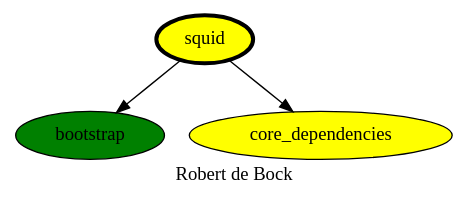
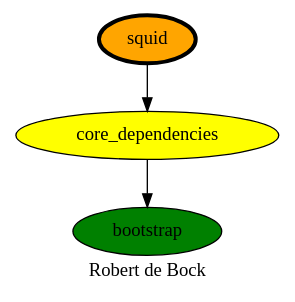
Before and after one commit to robertdebock/drawings: the diagram in squid.dot, drawn with Graphviz. The commit also changed 1 other file, not shown here.

```diff
--- a/squid.dot
+++ b/squid.dot
@@ -1,10 +1,11 @@
 digraph PhiloDilemma {
   label = "Robert de Bock" ;
   overlap=false
   {
     bootstrap [fillcolor=green style=filled]
     core_dependencies [fillcolor=yellow style=filled]
-    squid [fillcolor=yellow style=filled penwidth=3]
+    squid [fillcolor=orange style=filled penwidth=3]
   }
-  squid -> {bootstrap core_dependencies}
+  squid -> core_dependencies
+  core_dependencies -> bootstrap
 }
```
